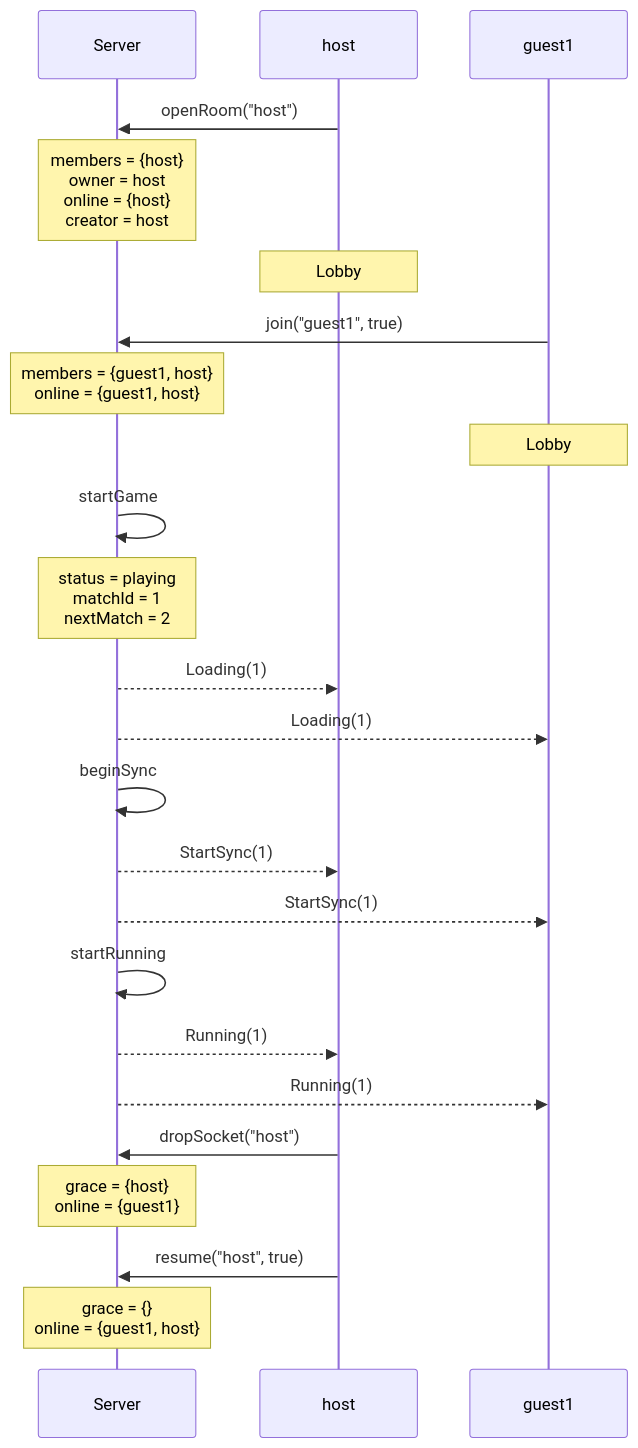
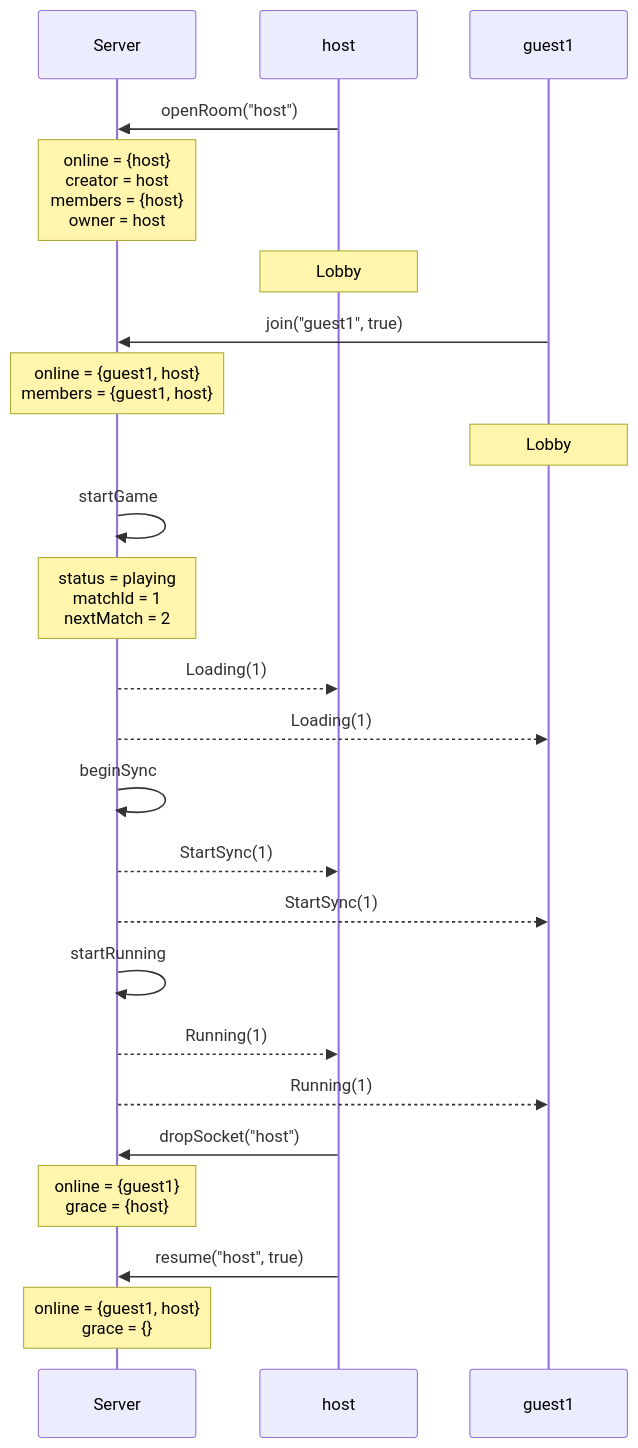
Before and after one commit to kwilson21/kaillera-next: the fifth of 29 diagrams in docs/spec-traces.md, drawn with Mermaid. The commit also changed other lines of this file and 15 other files, not shown here.

````diff
--- a/docs/spec-traces.md
+++ b/docs/spec-traces.md
@@ -76,26 +76,26 @@
 ```mermaid
 sequenceDiagram
   participant Server
   participant host
   participant guest1
   host->>Server: openRoom("host")
-  Note over Server: members = {host}<br/>owner = host<br/>online = {host}<br/>creator = host
+  Note over Server: online = {host}<br/>creator = host<br/>members = {host}<br/>owner = host
   Note over host: Lobby
   guest1->>Server: join("guest1", true)
-  Note over Server: members = {guest1, host}<br/>online = {guest1, host}
+  Note over Server: online = {guest1, host}<br/>members = {guest1, host}
   Note over guest1: Lobby
   Server->>Server: startGame
   Note over Server: status = playing<br/>matchId = 1<br/>nextMatch = 2
   Server-->>host: Loading(1)
   Server-->>guest1: Loading(1)
   Server->>Server: beginSync
   Server-->>host: StartSync(1)
   Server-->>guest1: StartSync(1)
   Server->>Server: startRunning
   Server-->>host: Running(1)
   Server-->>guest1: Running(1)
   host->>Server: dropSocket("host")
-  Note over Server: grace = {host}<br/>online = {guest1}
+  Note over Server: online = {guest1}<br/>grace = {host}
   host->>Server: resume("host", true)
-  Note over Server: grace = {}<br/>online = {guest1, host}
+  Note over Server: online = {guest1, host}<br/>grace = {}
 ```
````
